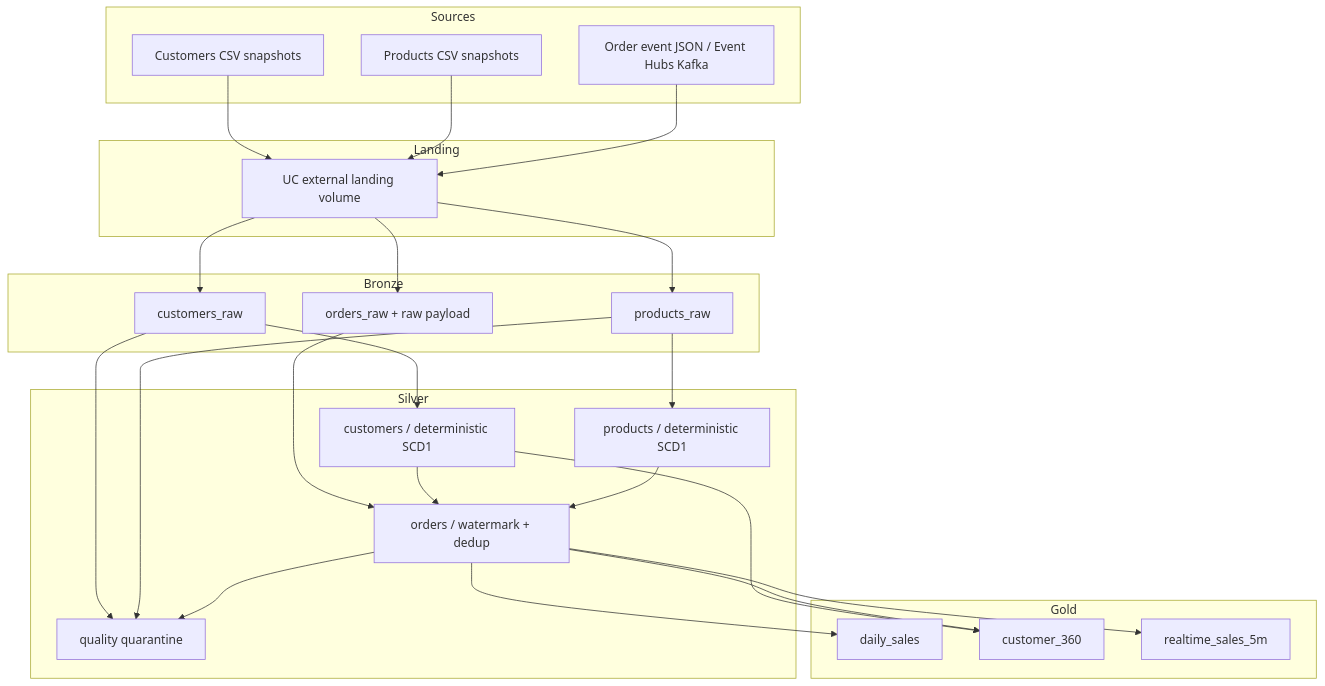
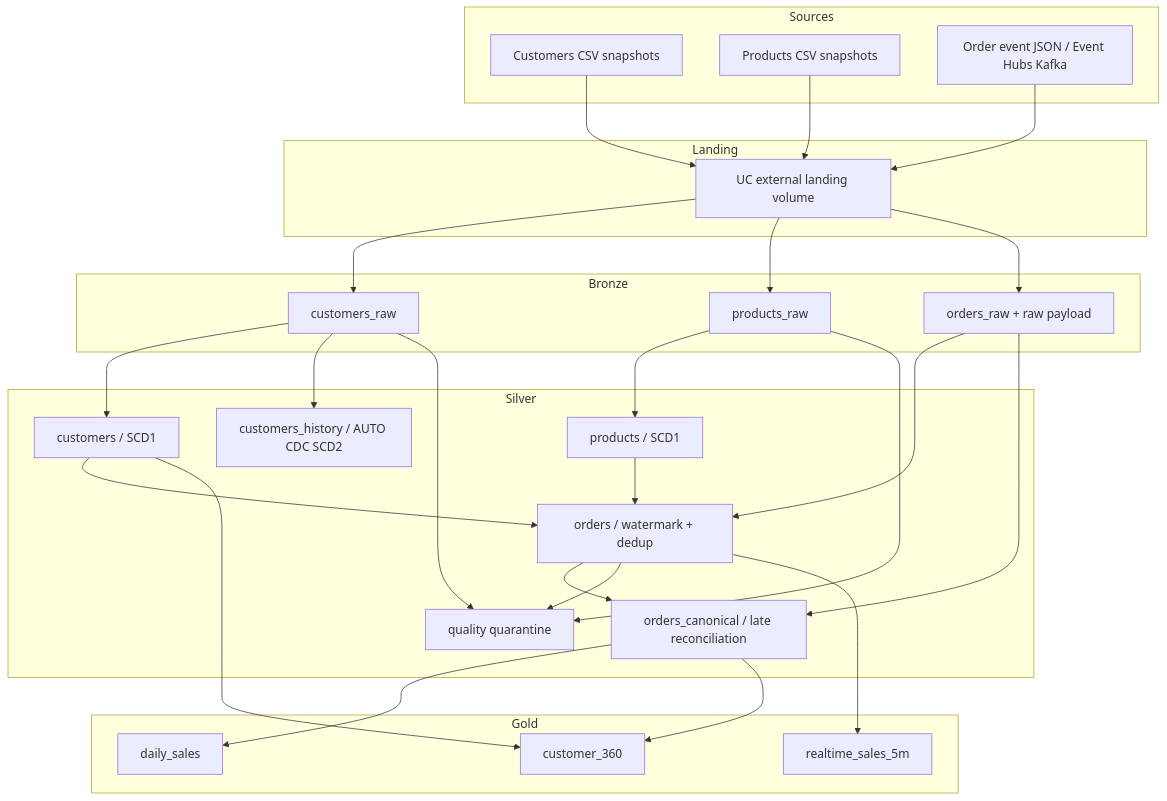
One commit to MehdiTAZI/modern-data-platform-reference changed the diagram in README.md. Above: the diagram before and after it, drawn with Mermaid. The commit also changed other lines of this file and 49 other files, not shown here.

````diff
--- a/README.md
+++ b/README.md
@@ -36,45 +38,50 @@
 ```mermaid
 flowchart TB
   subgraph Sources
     C[Customers CSV snapshots]
     P[Products CSV snapshots]
     O[Order event JSON / Event Hubs Kafka]
   end
   subgraph Landing
     V[UC external landing volume]
   end
   C --> V
   P --> V
   O --> V
   subgraph Bronze
     CR[customers_raw]
     PR[products_raw]
     OR[orders_raw + raw payload]
   end
   V --> CR
   V --> PR
   V --> OR
   subgraph Silver
-    CS[customers / deterministic SCD1]
-    PS[products / deterministic SCD1]
+    CS[customers / SCD1]
+    CH[customers_history / AUTO CDC SCD2]
+    PS[products / SCD1]
     OS[orders / watermark + dedup]
+    RC[orders_canonical / late reconciliation]
     Q[quality quarantine]
   end
   CR --> CS
+  CR --> CH
   PR --> PS
   OR --> OS
+  OR --> RC
+  OS --> RC
   CS --> OS
   PS --> OS
   CR --> Q
   PR --> Q
   OS --> Q
   subgraph Gold
     DS[daily_sales]
     C360[customer_360]
     RT[realtime_sales_5m]
   end
-  OS --> DS
+  RC --> DS
   CS --> C360
-  OS --> C360
+  RC --> C360
   OS --> RT
 ```
````
